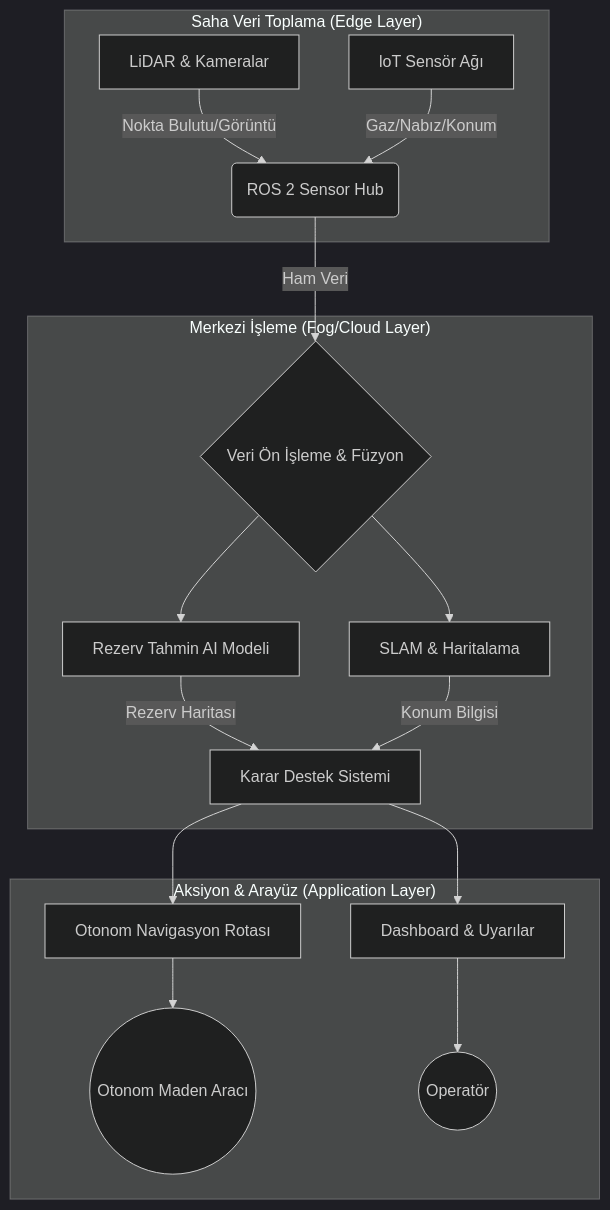
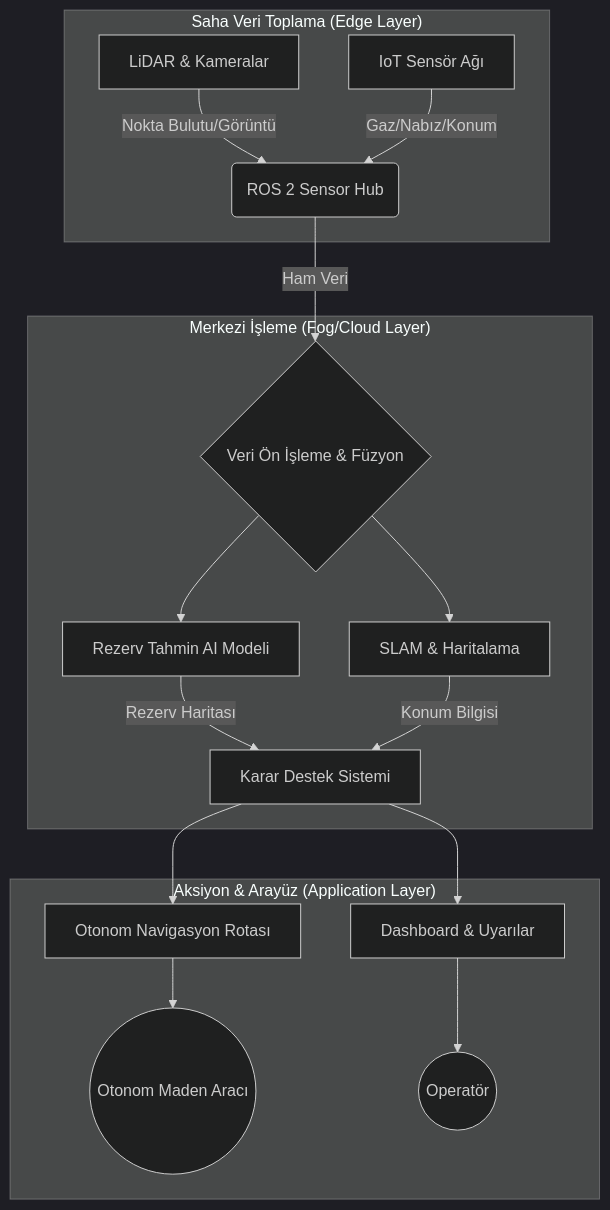
Before and after one commit to bahattinyunus/teknofest_maden_teknolojileri: the diagram in README.md, drawn with Mermaid (dark theme). The commit also changed other lines of this file, not shown here.

````diff
--- a/README.md
+++ b/README.md
@@ -71,22 +61,22 @@
 ```mermaid
 graph TD
     subgraph "Saha Veri Toplama (Edge Layer)"
         A[LiDAR & Kameralar] -->|Nokta Bulutu/Görüntü| B(ROS 2 Sensor Hub)
-        C[loT Sensör Ağı] -->|Gaz/Nabız/Konum| B
+        C[IoT Sensör Ağı] -->|Gaz/Nabız/Konum| B
     end
 
     subgraph "Merkezi İşleme (Fog/Cloud Layer)"
         B -->|Ham Veri| D{Veri Ön İşleme & Füzyon}
         D --> E[Rezerv Tahmin AI Modeli]
         D --> F[SLAM & Haritalama]
         E -->|Rezerv Haritası| G[Karar Destek Sistemi]
         F -->|Konum Bilgisi| G
     end
 
     subgraph "Aksiyon & Arayüz (Application Layer)"
         G --> H[Otonom Navigasyon Rotası]
         G --> I[Dashboard & Uyarılar]
         H --> J((Otonom Maden Aracı))
         I --> K((Operatör))
     end
 ```
````
